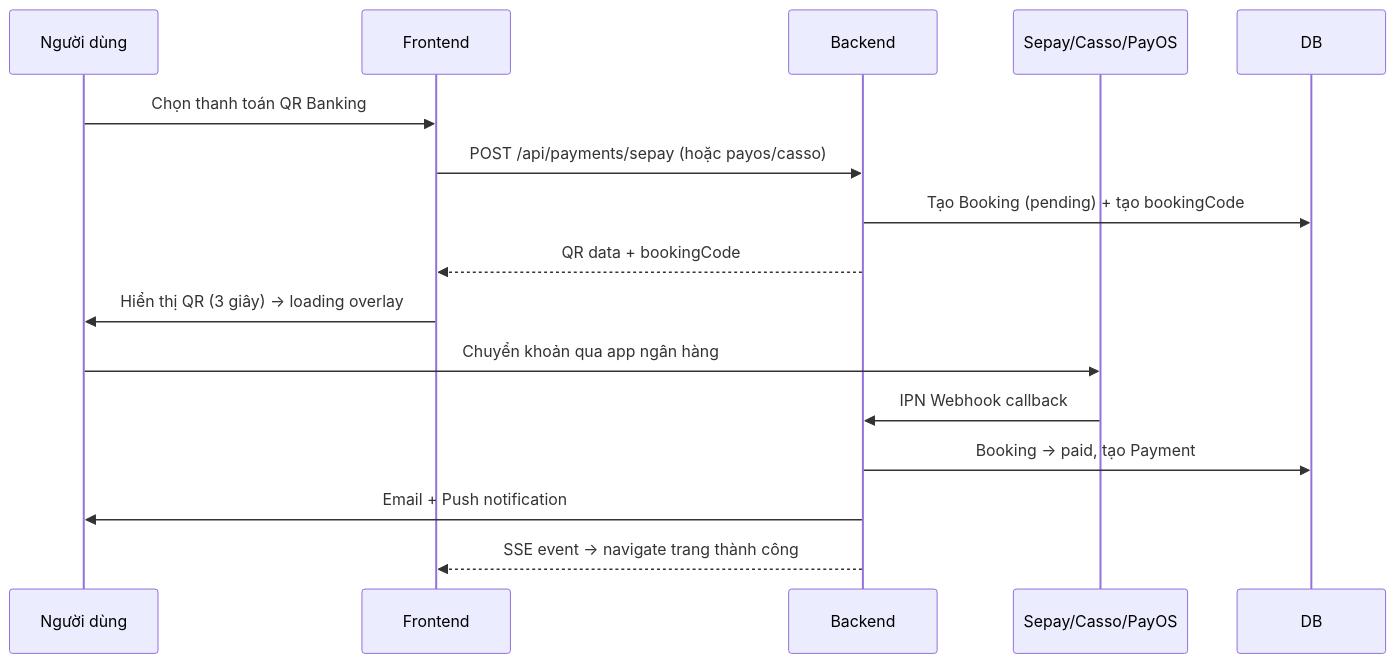
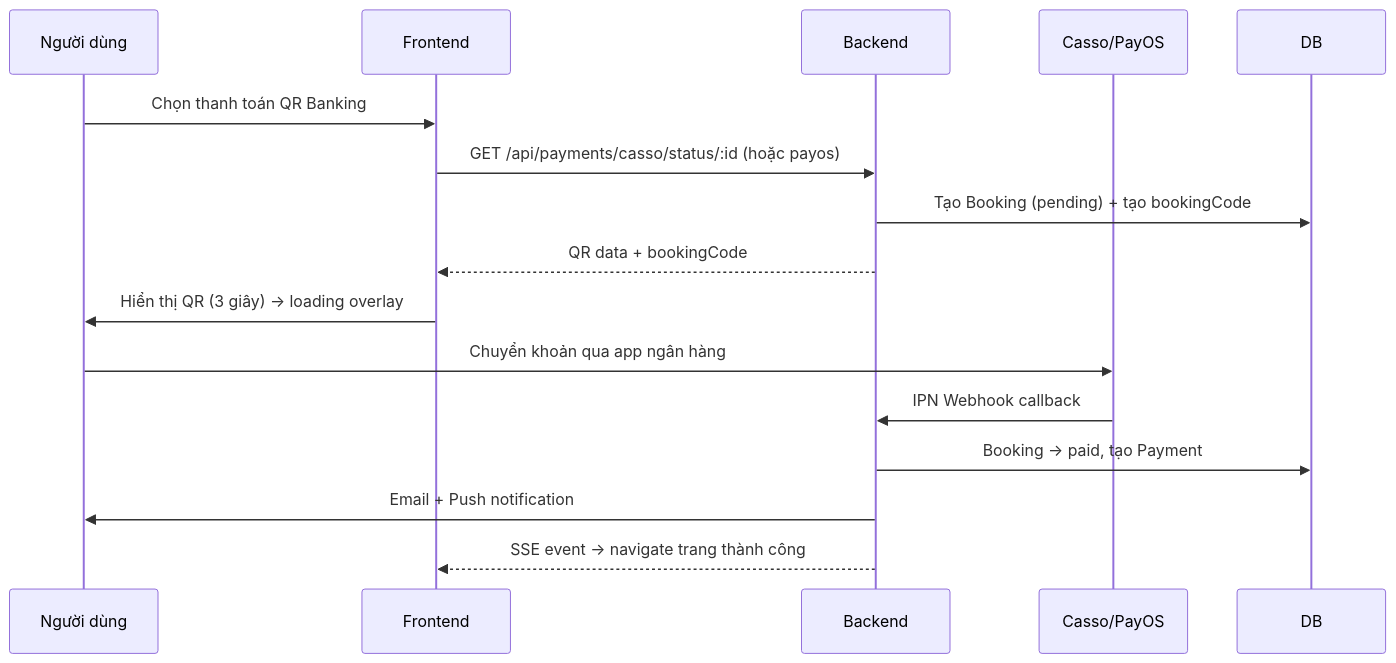
The third of 3 diagrams in docs/project-overview.md (dduck210/cine-clone), drawn with Mermaid before and after one commit. The commit also changed other lines of this file and 4 other files, not shown here.

````diff
--- a/docs/project-overview.md
+++ b/docs/project-overview.md
@@ -148,20 +148,20 @@
 ```mermaid
 sequenceDiagram
     participant U as Người dùng
     participant FE as Frontend
     participant BE as Backend
-    participant GW as Sepay/Casso/PayOS
+    participant GW as Casso/PayOS
 
     U->>FE: Chọn thanh toán QR Banking
-    FE->>BE: POST /api/payments/sepay (hoặc payos/casso)
+    FE->>BE: GET /api/payments/casso/status/:id (hoặc payos)
     BE->>DB: Tạo Booking (pending) + tạo bookingCode
     BE-->>FE: QR data + bookingCode
 
     FE->>U: Hiển thị QR (3 giây) → loading overlay
     U->>GW: Chuyển khoản qua app ngân hàng
     GW->>BE: IPN Webhook callback
 
     BE->>DB: Booking → paid, tạo Payment
     BE->>U: Email + Push notification
     BE-->>FE: SSE event → navigate trang thành công
 ```
````
